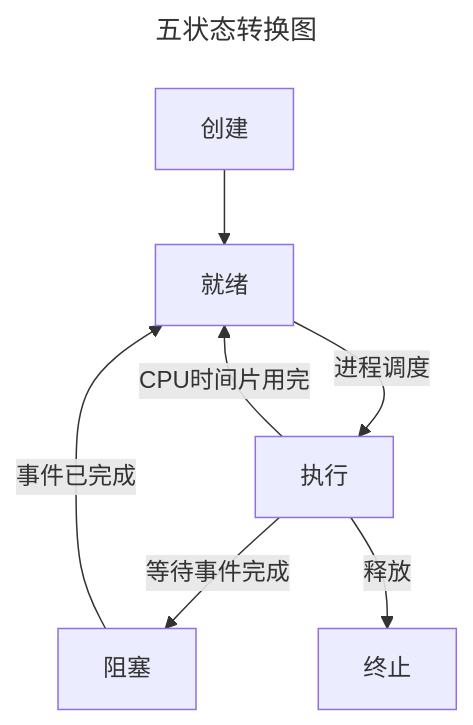
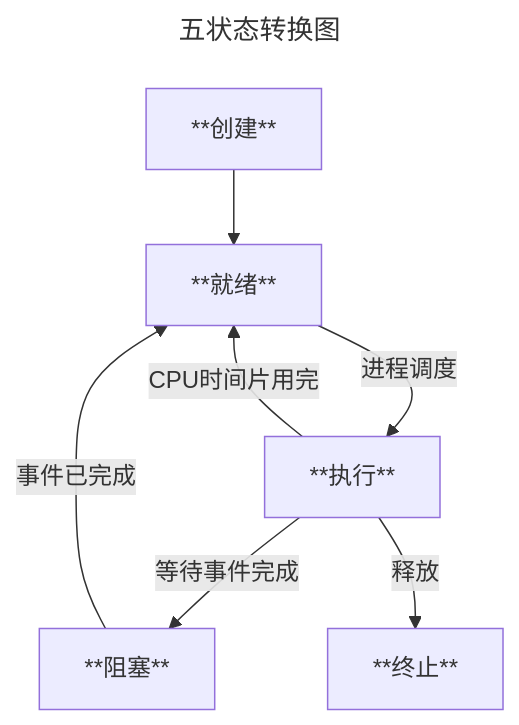
The second of 2 diagrams in 知识学习/操作系统/进程与线程.md (Thee24LYJ/study-notes), drawn with Mermaid before and after one commit. The commit also changed other lines of this file and 33 other files, not shown here.

````diff
--- a/知识学习/操作系统/进程与线程.md
+++ b/知识学习/操作系统/进程与线程.md
@@ -61,12 +76,12 @@
 ```mermaid
 ---
 title: 五状态转换图
 ---
 graph
-A[就绪] -- 进程调度 --> B[执行]
+A[**就绪**] -- 进程调度 --> B[**执行**]
 B -- CPU时间片用完 --> A
-B -- 等待事件完成 --> C[阻塞]
+B -- 等待事件完成 --> C[**阻塞**]
 C -- 事件已完成 --> A
-B -- 释放 --> D[终止]
-E[创建] --> A
+B -- 释放 --> D[**终止**]
+E[**创建**] --> A
 ```
````
